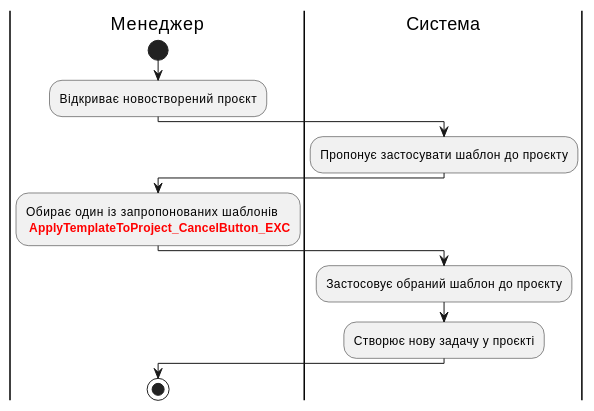
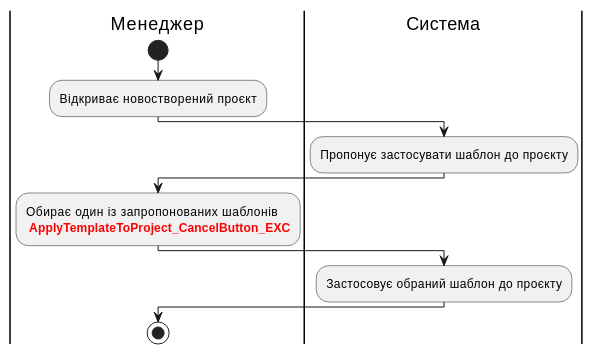
One commit to boldak/edu-db-cw changed the first of 2 diagrams in docs/use cases/README.md. Above: the diagram before and after it, drawn with PlantUML. The commit also changed other lines of this file, not shown here.

```diff
--- a/docs/use cases/README.md
+++ b/docs/use cases/README.md
@@ -472,21 +472,19 @@
 @startuml
 
 |Менеджер|
 start;
 :Відкриває новостворений проєкт;
 
 |Система|
 :Пропонує застосувати шаблон до проєкту;
 
 |Менеджер|
 :Обирає один із запропонованих шаблонів
 <font color="red"><b> ApplyTemplateToProject_CancelButton_EXC;
 
 |Система|
 :Застосовує обраний шаблон до проєкту;
 
-:Cтворює нову задачу у проєкті;
-
 |Менеджер|
 stop;
 @enduml
```
